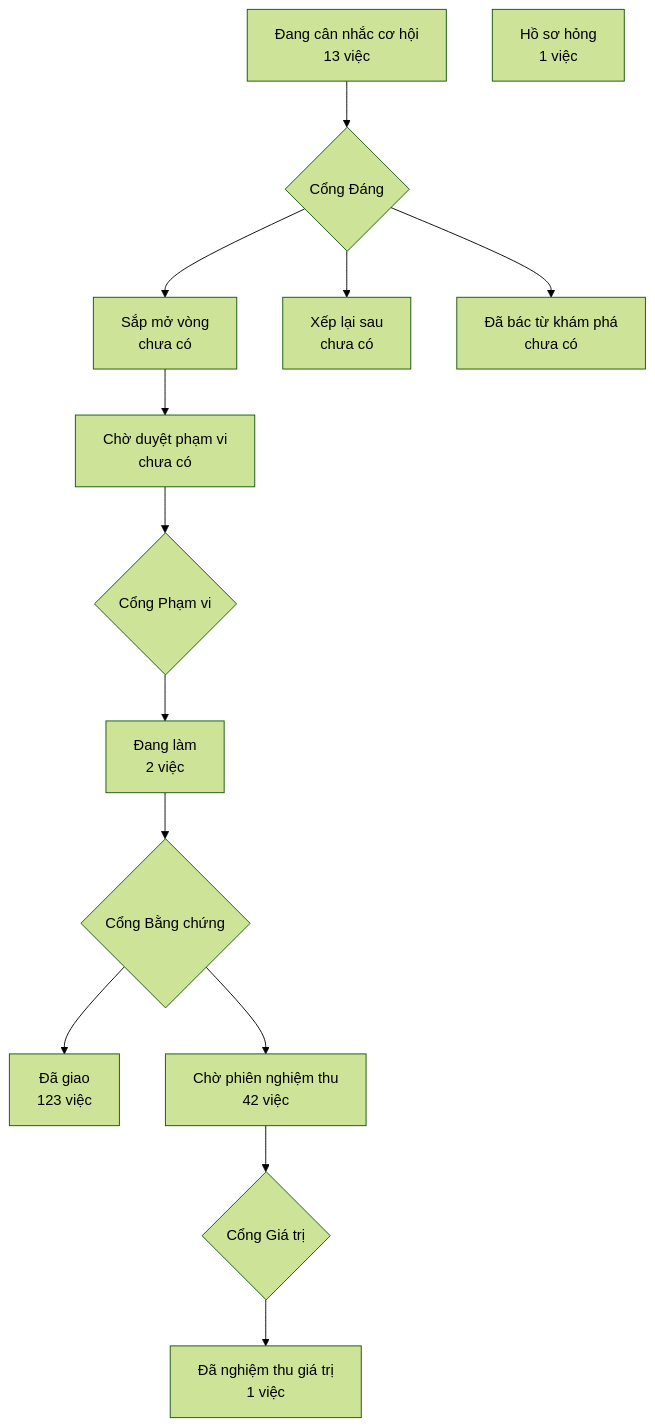
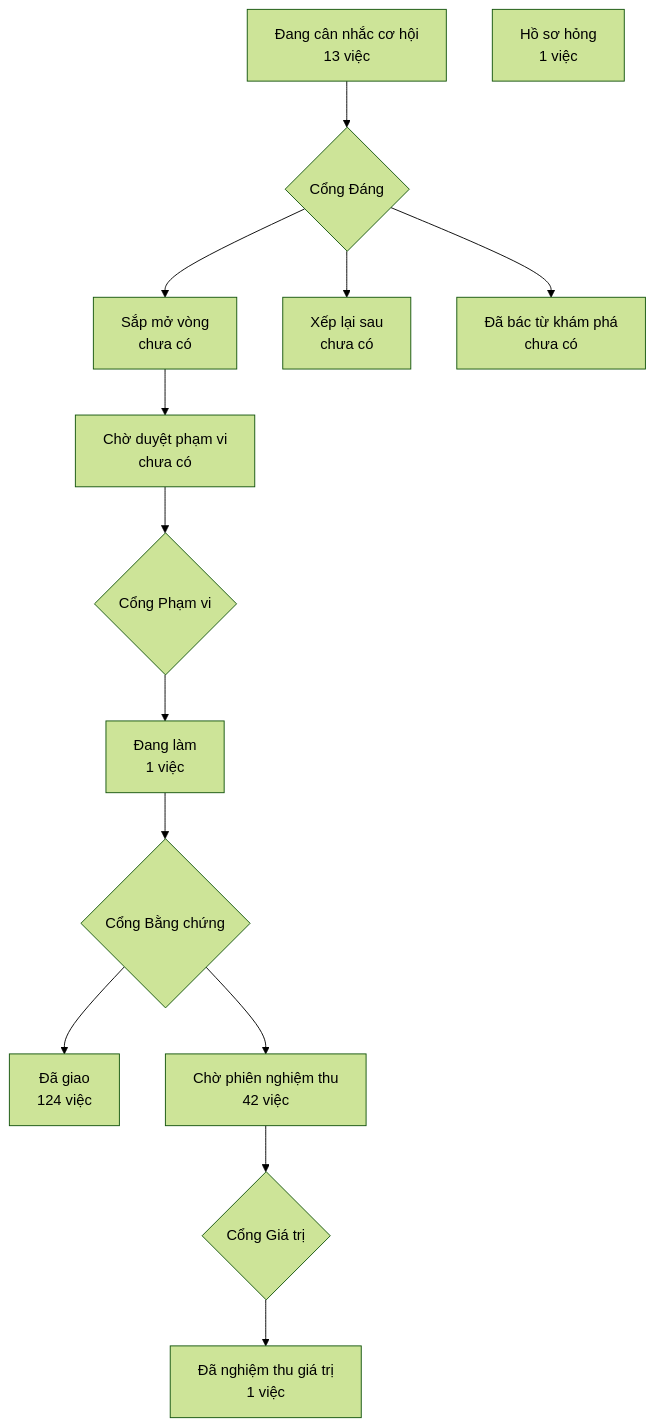
The diagram in PRODUCT-MAP.md (phanlemanh/crm-onehub), drawn with Mermaid (forest theme) before and after one commit. The commit also changed 5 other files, not shown here.

````diff
--- a/PRODUCT-MAP.md
+++ b/PRODUCT-MAP.md
@@ -7,13 +7,13 @@
 ```mermaid
 flowchart TD
   A["Đang cân nhắc cơ hội<br/>13 việc"] --> GD{"Cổng Đáng"}
   GD --> B["Sắp mở vòng<br/>chưa có"]
   GD --> XL["Xếp lại sau<br/>chưa có"]
   GD --> DB["Đã bác từ khám phá<br/>chưa có"]
   B --> CD["Chờ duyệt phạm vi<br/>chưa có"] --> GP{"Cổng Phạm vi"}
-  GP --> DL["Đang làm<br/>2 việc"] --> GB{"Cổng Bằng chứng"}
-  GB --> DG["Đã giao<br/>123 việc"]
+  GP --> DL["Đang làm<br/>1 việc"] --> GB{"Cổng Bằng chứng"}
+  GB --> DG["Đã giao<br/>124 việc"]
   GB --> CN["Chờ phiên nghiệm thu<br/>42 việc"] --> GG{"Cổng Giá trị"}
   GG --> NT["Đã nghiệm thu giá trị<br/>1 việc"]
   HS["Hồ sơ hỏng<br/>1 việc"]
 ```
````
